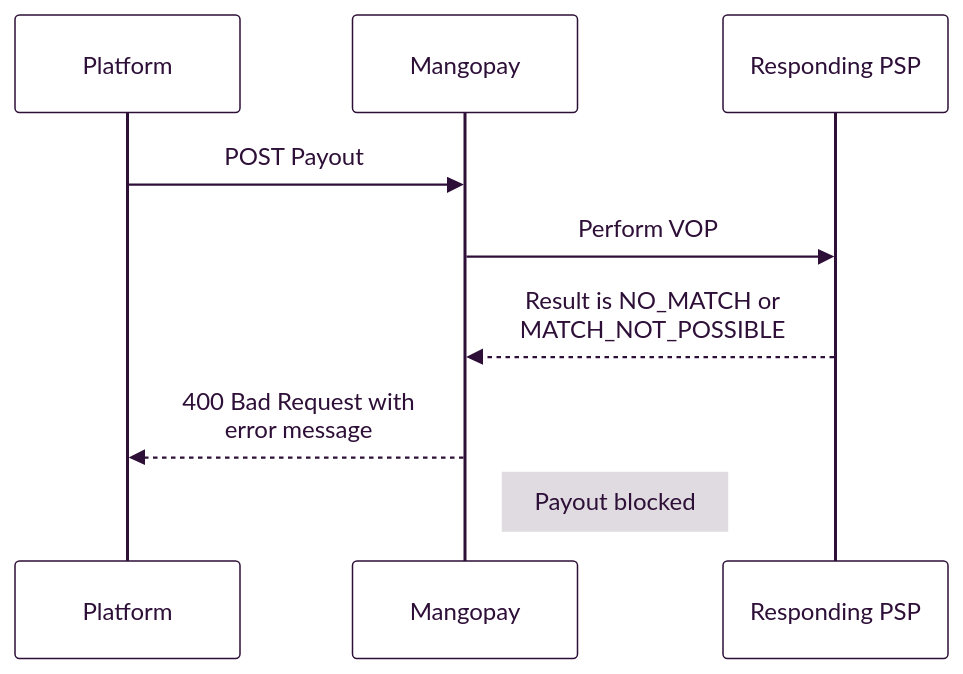
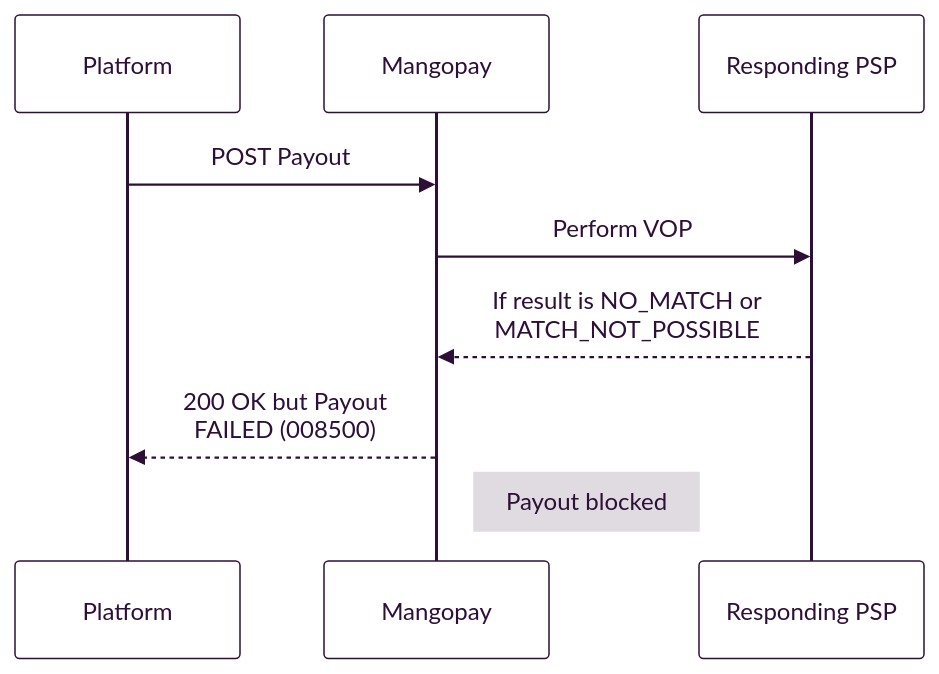
Before and after one commit to Mangopay/docs: diagram 11 of 12 in guides/vop/recipients-payouts.mdx, drawn with Mermaid. The commit also changed other lines of this file, not shown here.

Commit message:
update vop payout error 400 -> 200

````diff
--- a/guides/vop/recipients-payouts.mdx
+++ b/guides/vop/recipients-payouts.mdx
@@ -596,30 +596,30 @@
 ```mermaid
 %%{
   init: {
     'theme': 'base',
     'themeVariables': {
       'primaryColor': '#FFFFFF',
       'primaryTextColor': '#2D0F37',
       'primaryBorderColor': '#2D0F37',
       'lineColor': '#2D0F37',
       'secondaryColor': '#FFFFFF',
       'tertiaryColor': '#FFFFFF',
       'fontSize': '32px',
       'fontFamily': 'Inter',
       'noteBorderColor': "#E0DBE1",
       'noteBkgColor': "#E0DBE1",
       'noteTextColor': '#2D0F37'
     }
   }
 }%%
 sequenceDiagram
   participant Platform
   participant Mangopay
   participant Responding PSP
 
 Platform ->> Mangopay: POST Payout
 Mangopay ->> Responding PSP: Perform VOP
-Responding PSP -->> Mangopay: Result is NO_MATCH or <br/>MATCH_NOT_POSSIBLE
-Mangopay -->> Platform: 400 Bad Request with <br/>error message
+Responding PSP -->> Mangopay: If result is NO_MATCH or <br/>MATCH_NOT_POSSIBLE
+Mangopay -->> Platform: 200 OK but Payout <br/>FAILED (008500)
 	Note right of Mangopay: Payout blocked
 ```
````
